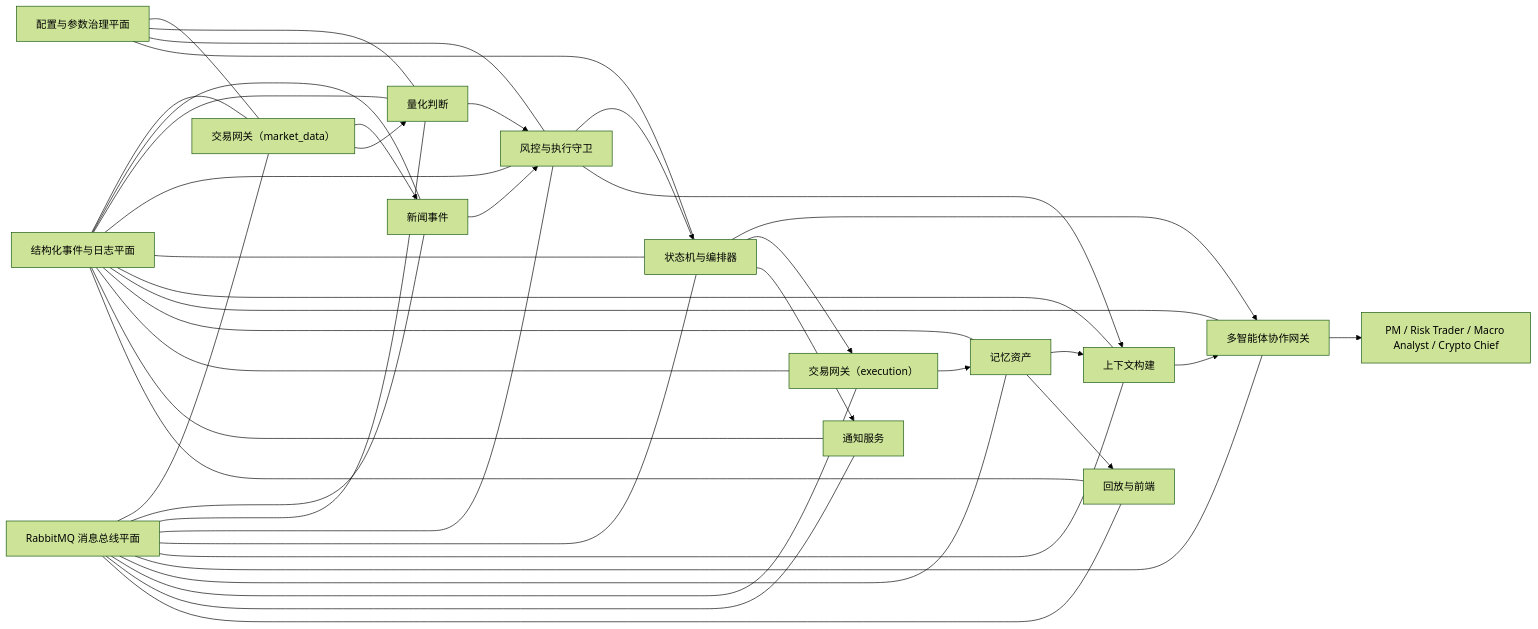
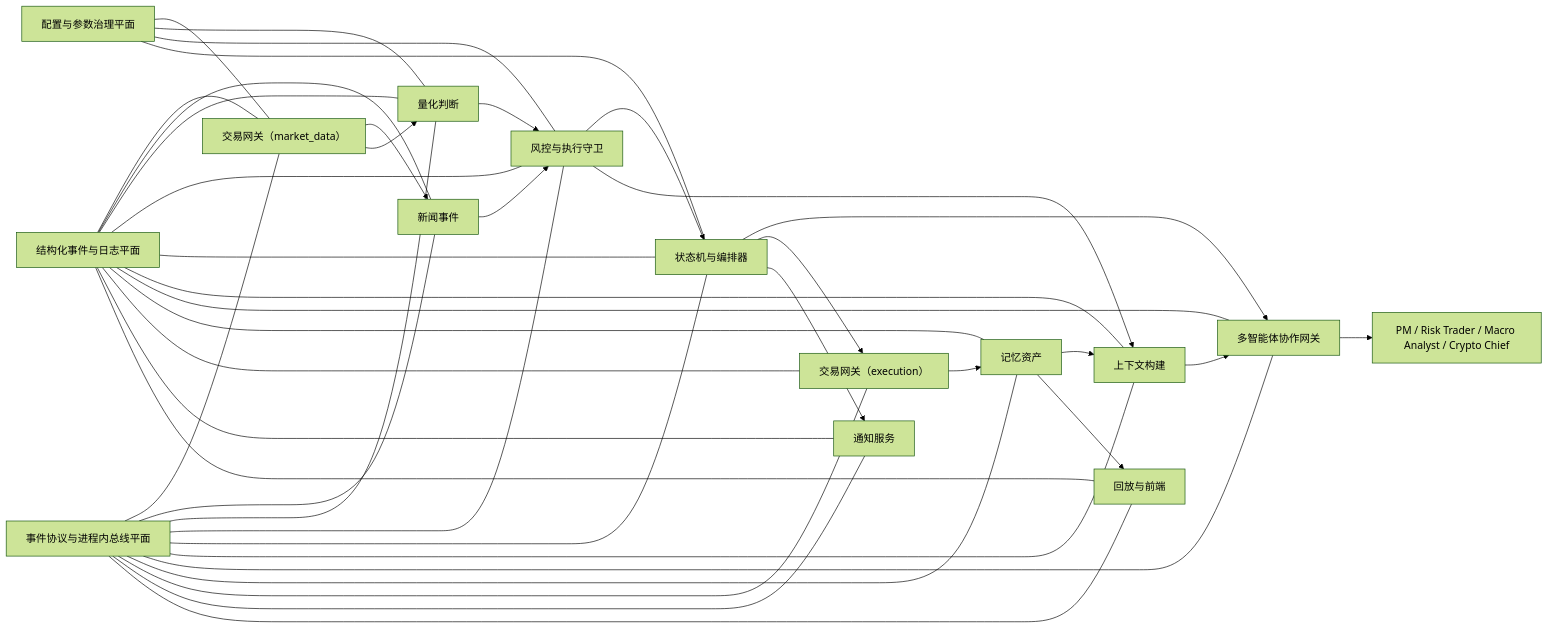
One commit to MrPhotato/openclaw-trader changed the diagram in specs/001-system-blueprint/architecture/01-target-architecture.md. Above: the diagram before and after it, drawn with Mermaid (forest theme). The commit also changed other lines of this file and 54 other files, not shown here.

````diff
--- a/specs/001-system-blueprint/architecture/01-target-architecture.md
+++ b/specs/001-system-blueprint/architecture/01-target-architecture.md
@@ -83,43 +83,43 @@
 ```mermaid
 flowchart LR
     A["交易网关（market_data）"] --> B["新闻事件"]
     A --> C["量化判断"]
     B --> D["风控与执行守卫"]
     C --> D
     D --> F["状态机与编排器"]
     G["上下文构建"] --> H["多智能体协作网关"]
     D --> G
     I["记忆资产"] --> G
     F --> H
     H --> J["PM / Risk Trader / Macro Analyst / Crypto Chief"]
     F --> K["交易网关（execution）"]
     K --> I
     F --> L["通知服务"]
     I --> M["回放与前端"]
     N["结构化事件与日志平面"] --- A
     N --- B
     N --- C
     N --- D
     N --- F
     N --- G
     N --- H
     N --- I
     N --- K
     N --- L
     N --- M
-    O["RabbitMQ 消息总线平面"] --- A
+    O["事件协议与进程内总线平面"] --- A
     O --- B
     O --- C
     O --- D
     O --- F
     O --- G
     O --- H
     O --- I
     O --- K
     O --- L
     O --- M
     P["配置与参数治理平面"] --- A
     P --- C
     P --- D
     P --- F
 ```
````
